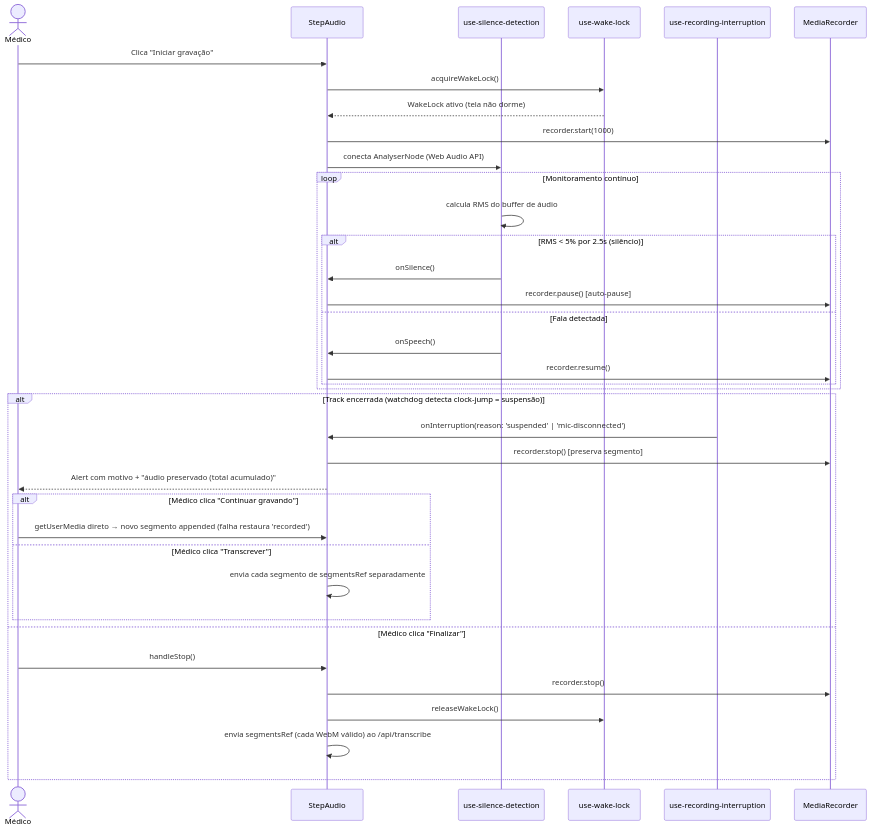
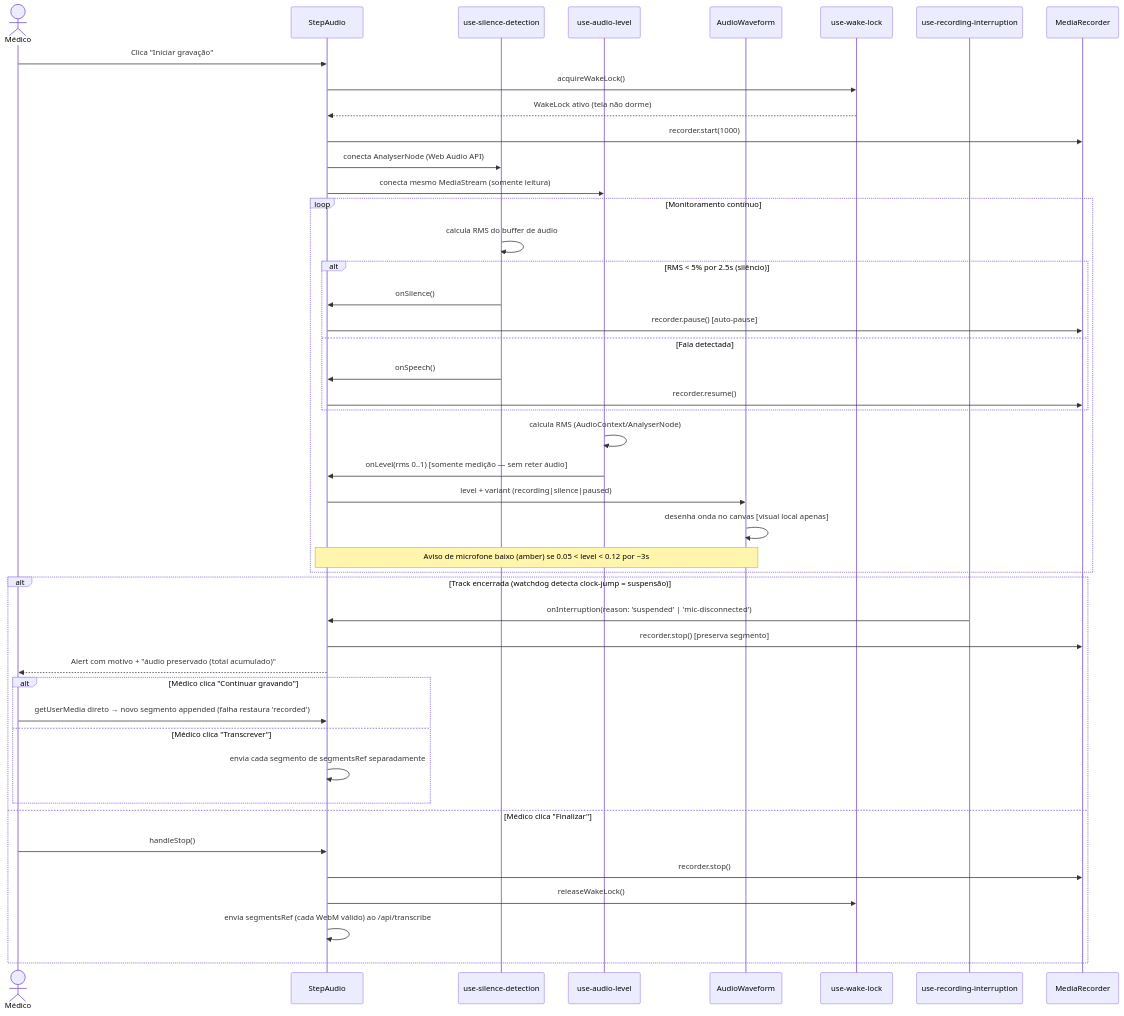
The fourth of 15 diagrams in docs/architecture.md (Startiatech/anamnsese-ia), drawn with Mermaid before and after one commit. The commit also changed other lines of this file, not shown here.

Commit message:
docs(arquitetura): adiciona onda sonora ao vivo no diagrama da gravacao

````diff
--- a/docs/architecture.md
+++ b/docs/architecture.md
@@ -107,42 +107,50 @@
 ```mermaid
 sequenceDiagram
     actor Médico
     participant SA as StepAudio
     participant VAD as use-silence-detection
+    participant UAL as use-audio-level
+    participant AW as AudioWaveform
     participant WL as use-wake-lock
     participant RI as use-recording-interruption
     participant MR as MediaRecorder
 
     Médico->>SA: Clica "Iniciar gravação"
     SA->>WL: acquireWakeLock()
     WL-->>SA: WakeLock ativo (tela não dorme)
     SA->>MR: recorder.start(1000)
     SA->>VAD: conecta AnalyserNode (Web Audio API)
+    SA->>UAL: conecta mesmo MediaStream (somente leitura)
 
     loop Monitoramento contínuo
         VAD->>VAD: calcula RMS do buffer de áudio
         alt RMS < 5% por 2.5s (silêncio)
             VAD->>SA: onSilence()
             SA->>MR: recorder.pause() [auto-pause]
         else Fala detectada
             VAD->>SA: onSpeech()
             SA->>MR: recorder.resume()
         end
+        UAL->>UAL: calcula RMS (AudioContext/AnalyserNode)
+        UAL->>SA: onLevel(rms 0..1) [somente medição — sem reter áudio]
+        SA->>AW: level + variant (recording|silence|paused)
+        AW->>AW: desenha onda no canvas [visual local apenas]
+        Note over SA,AW: Aviso de microfone baixo (amber) se 0.05 < level < 0.12 por ~3s
     end
 
     alt Track encerrada (watchdog detecta clock-jump = suspensão)
         RI->>SA: onInterruption(reason: 'suspended' | 'mic-disconnected')
         SA->>MR: recorder.stop() [preserva segmento]
         SA-->>Médico: Alert com motivo + "áudio preservado (total acumulado)"
         alt Médico clica "Continuar gravando"
             Médico->>SA: getUserMedia direto → novo segmento appended (falha restaura 'recorded')
         else Médico clica "Transcrever"
             SA->>SA: envia cada segmento de segmentsRef separadamente
         end
     else Médico clica "Finalizar"
         Médico->>SA: handleStop()
         SA->>MR: recorder.stop()
         SA->>WL: releaseWakeLock()
         SA->>SA: envia segmentsRef (cada WebM válido) ao /api/transcribe
     end
 ```
````
